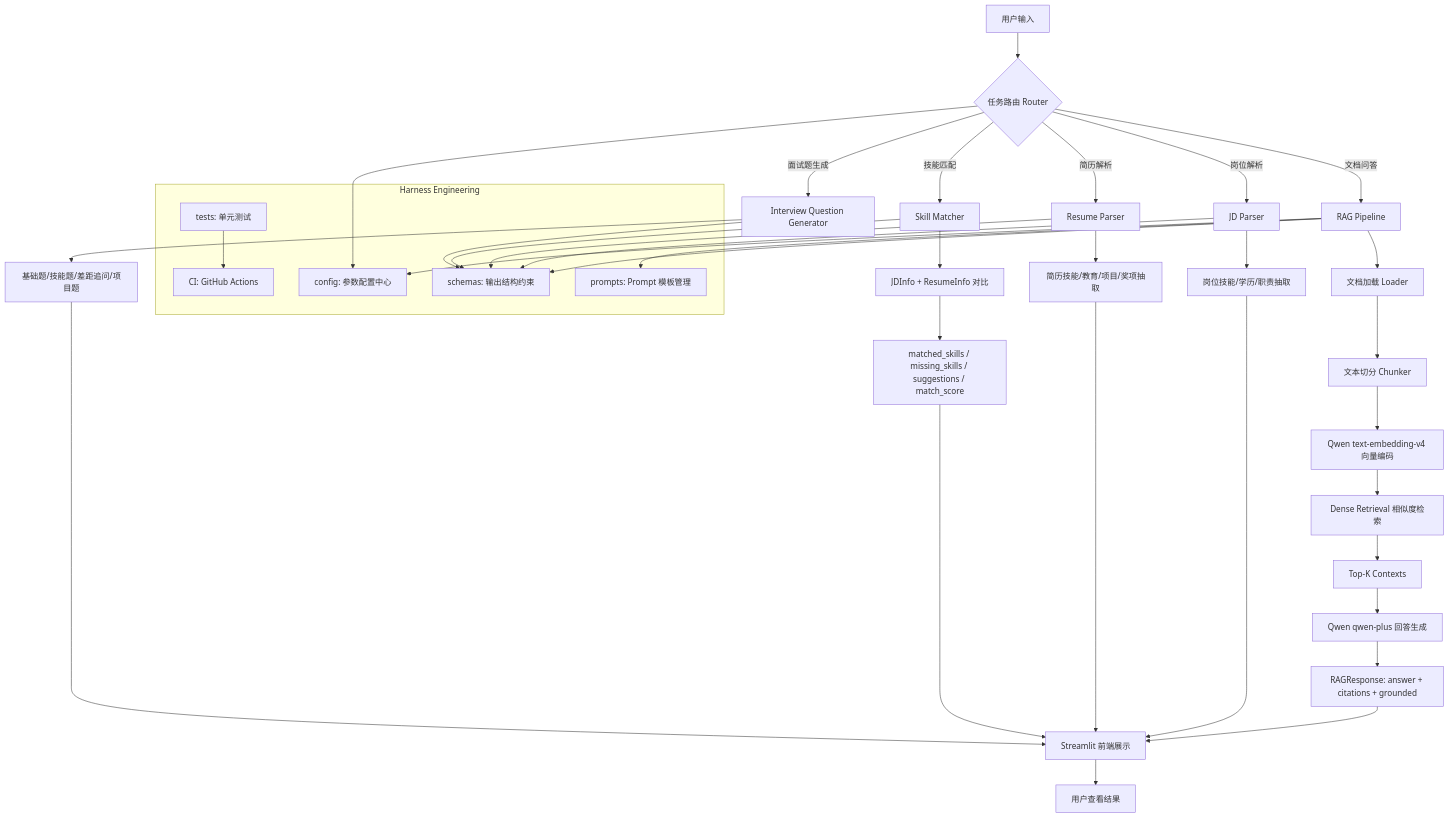
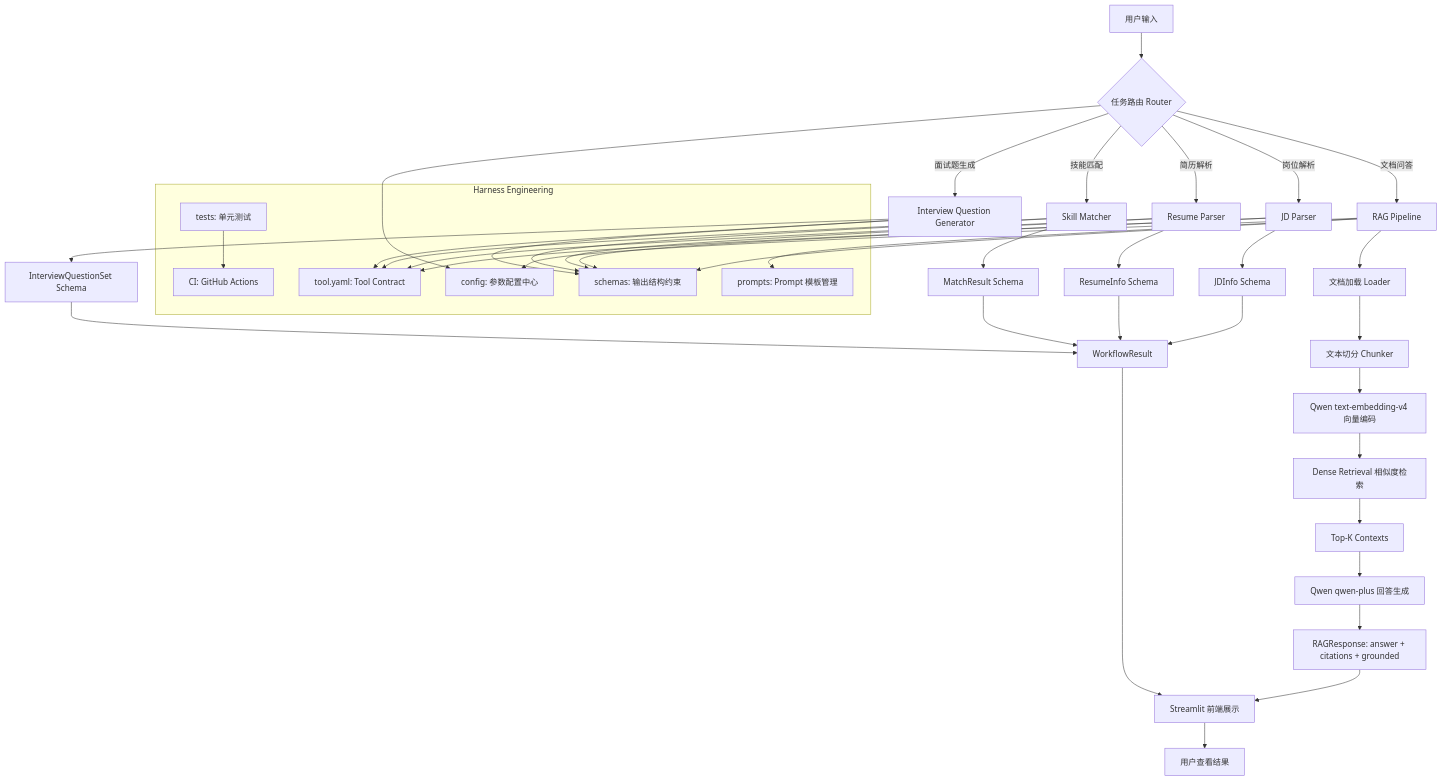
The first of 2 diagrams in README.md (lFeynman/offermate-rag), drawn with Mermaid before and after one commit. The commit also changed other lines of this file and 14 other files, not shown here.

Commit message:
update README for schema-based tool and workflow outputs

````diff
--- a/README.md
+++ b/README.md
@@ -70,50 +92,55 @@
 ```mermaid
 flowchart TD
     A[用户输入] --> B{任务路由 Router}
 
     B -->|文档问答| C[RAG Pipeline]
     B -->|岗位解析| D[JD Parser]
     B -->|简历解析| E[Resume Parser]
     B -->|技能匹配| F[Skill Matcher]
     B -->|面试题生成| G[Interview Question Generator]
 
     C --> C1[文档加载 Loader]
     C1 --> C2[文本切分 Chunker]
     C2 --> C3[Qwen text-embedding-v4 向量编码]
     C3 --> C4[Dense Retrieval 相似度检索]
     C4 --> C5[Top-K Contexts]
     C5 --> C6[Qwen qwen-plus 回答生成]
     C6 --> C7[RAGResponse: answer + citations + grounded]
 
-    D --> D1[岗位技能/学历/职责抽取]
-    E --> E1[简历技能/教育/项目/奖项抽取]
-    F --> F1[JDInfo + ResumeInfo 对比]
-    F1 --> F2[matched_skills / missing_skills / suggestions / match_score]
-    G --> G1[基础题/技能题/差距追问/项目题]
+    D --> D1[JDInfo Schema]
+    E --> E1[ResumeInfo Schema]
+    F --> F1[MatchResult Schema]
+    G --> G1[InterviewQuestionSet Schema]
 
+    D1 --> W[WorkflowResult]
+    E1 --> W
+    F1 --> W
+    G1 --> W
     C7 --> H[Streamlit 前端展示]
-    D1 --> H
-    E1 --> H
-    F2 --> H
-    G1 --> H
+    W --> H
 
     H --> I[用户查看结果]
 
     subgraph Harness Engineering
         J[schemas: 输出结构约束]
         K[prompts: Prompt 模板管理]
         L[config: 参数配置中心]
+        TC[tool.yaml: Tool Contract]
         M[tests: 单元测试]
         N[CI: GitHub Actions]
     end
 
     C --> J
     D --> J
     E --> J
     F --> J
     G --> J
     B --> L
     C --> K
     C --> L
+    D --> TC
+    E --> TC
+    F --> TC
+    G --> TC
     M --> N
 ```
````
